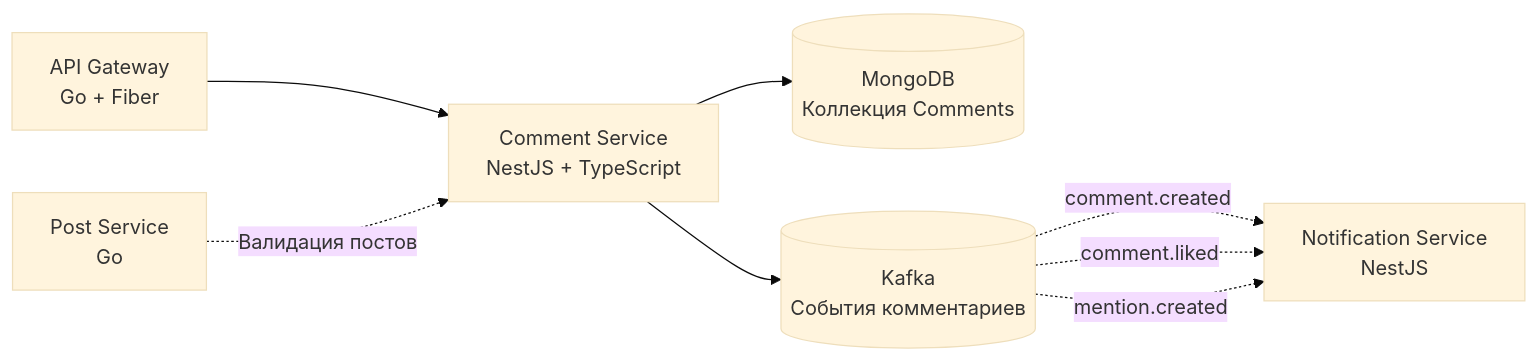
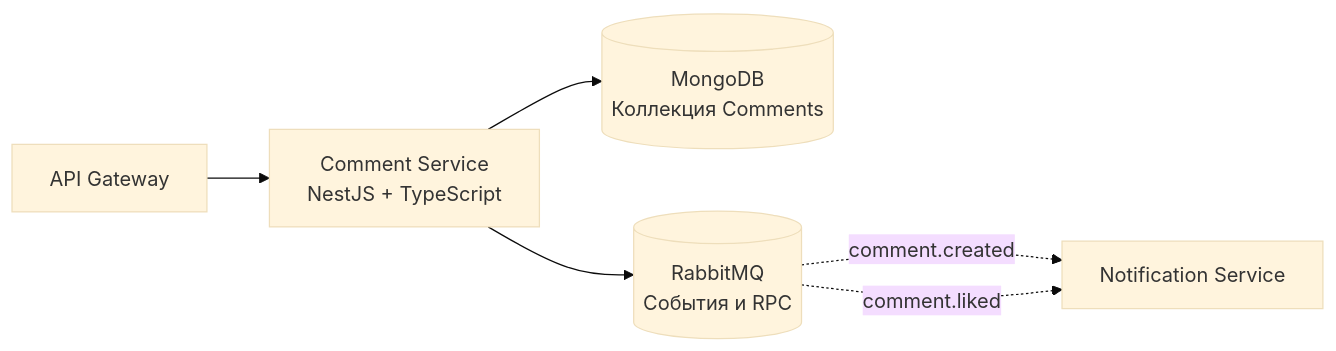
The diagram in README_RU.md (A4AD-team/comment-service), drawn with Mermaid (base theme) before and after one commit. The commit also changed other lines of this file and 8 other files, not shown here.

First line of the commit message:
feat: integrate RabbitMQ for comment service RPC and update README

````diff
--- a/README_RU.md
+++ b/README_RU.md
@@ -49,12 +52,9 @@
 ```mermaid
 flowchart LR
-    Gateway["API Gateway<br/>Go + Fiber"] --> Comment["Comment Service<br/>NestJS + TypeScript"]
+    Gateway["API Gateway"] --> Comment["Comment Service<br/>NestJS + TypeScript"]
     Comment --> MongoDB[("MongoDB<br/>Коллекция Comments")]
-    Comment --> Kafka[("Kafka<br/>События комментариев")]
-    
-    Kafka -.->|"comment.created"| Notification["Notification Service<br/>NestJS"]
-    Kafka -.->|"comment.liked"| Notification
-    Kafka -.->|"mention.created"| Notification
-    
-    Post["Post Service<br/>Go"] -.->|"Валидация постов"| Comment
+    Comment --> RabbitMQ[("RabbitMQ<br/>События и RPC")]
+
+    RabbitMQ -.->|"comment.created"| Notification["Notification Service"]
+    RabbitMQ -.->|"comment.liked"| Notification
 ```
````
